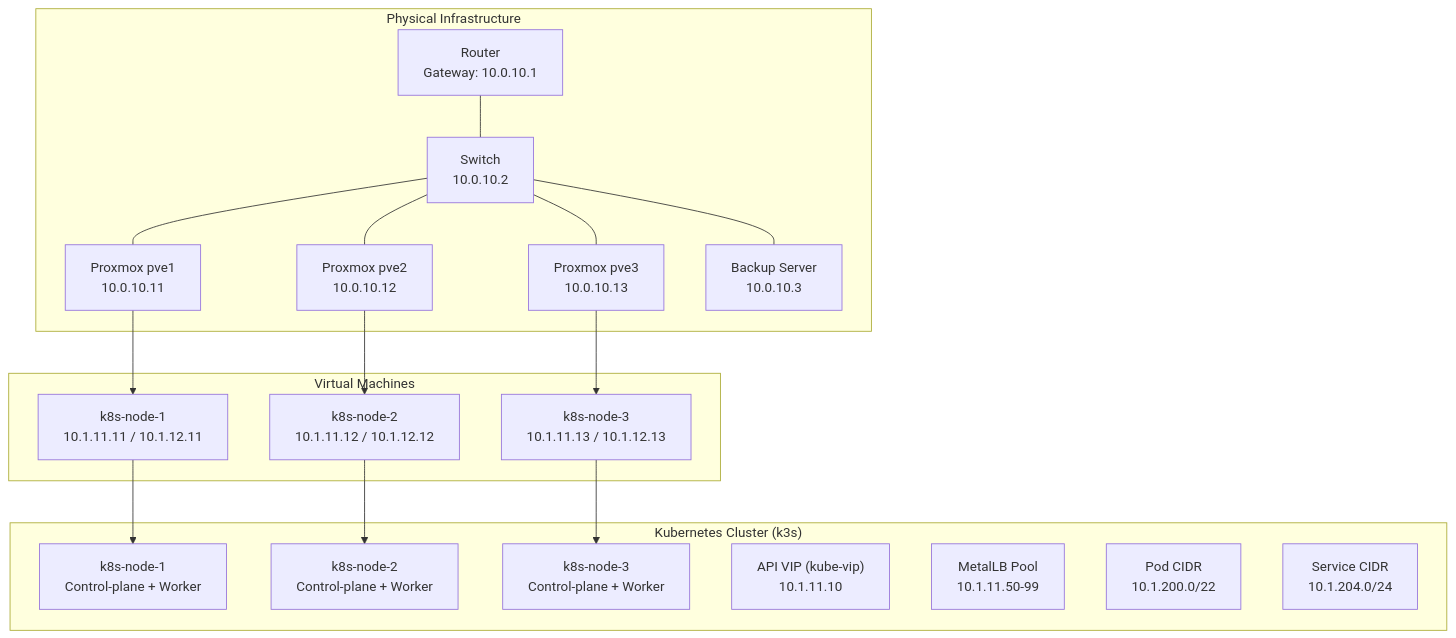
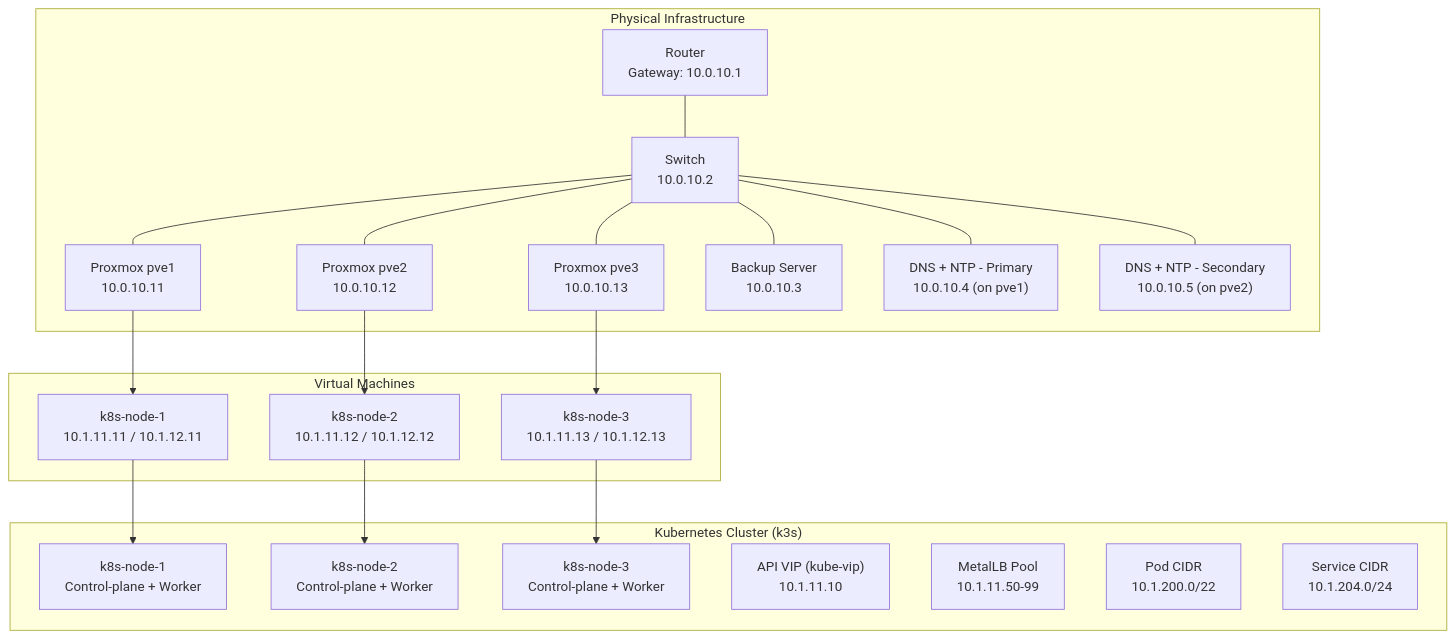
Before and after one commit to RYFOJE/Home_Lab: the diagram in documentation/networking/network_visualization.md, drawn with Mermaid. The commit also changed 3 other files, not shown here.

````diff
--- a/documentation/networking/network_visualization.md
+++ b/documentation/networking/network_visualization.md
@@ -1,42 +1,46 @@
 ```mermaid
 flowchart TB
 
     subgraph PHYSICAL["Physical Infrastructure"]
         ROUTER["Router<br/>Gateway: 10.0.10.1"]
         SWITCH["Switch<br/>10.0.10.2"]
         PVE1["Proxmox pve1<br/>10.0.10.11"]
         PVE2["Proxmox pve2<br/>10.0.10.12"]
         PVE3["Proxmox pve3<br/>10.0.10.13"]
         PBS["Backup Server<br/>10.0.10.3"]
+        DNSNTP1["DNS + NTP - Primary<br/>10.0.10.4 (on pve1)"]
+        DNSNTP2["DNS + NTP - Secondary<br/>10.0.10.5 (on pve2)"]
 
         ROUTER --- SWITCH
         SWITCH --- PVE1
         SWITCH --- PVE2
         SWITCH --- PVE3
         SWITCH --- PBS
+        SWITCH --- DNSNTP1
+        SWITCH --- DNSNTP2
     end
 
     subgraph VMS["Virtual Machines"]
         VM1["k8s-node-1<br/>10.1.11.11 / 10.1.12.11"]
         VM2["k8s-node-2<br/>10.1.11.12 / 10.1.12.12"]
         VM3["k8s-node-3<br/>10.1.11.13 / 10.1.12.13"]
     end
 
     subgraph K8S["Kubernetes Cluster (k3s)"]
         N1["k8s-node-1<br/>Control-plane + Worker"]
         N2["k8s-node-2<br/>Control-plane + Worker"]
         N3["k8s-node-3<br/>Control-plane + Worker"]
         VIP["API VIP (kube-vip)<br/>10.1.11.10"]
         LB["MetalLB Pool<br/>10.1.11.50-99"]
         PODCIDR["Pod CIDR<br/>10.1.200.0/22"]
         SVCCIDR["Service CIDR<br/>10.1.204.0/24"]
     end
 
     PVE1 --> VM1
     PVE2 --> VM2
     PVE3 --> VM3
 
     VM1 --> N1
     VM2 --> N2
     VM3 --> N3
 ```
````
